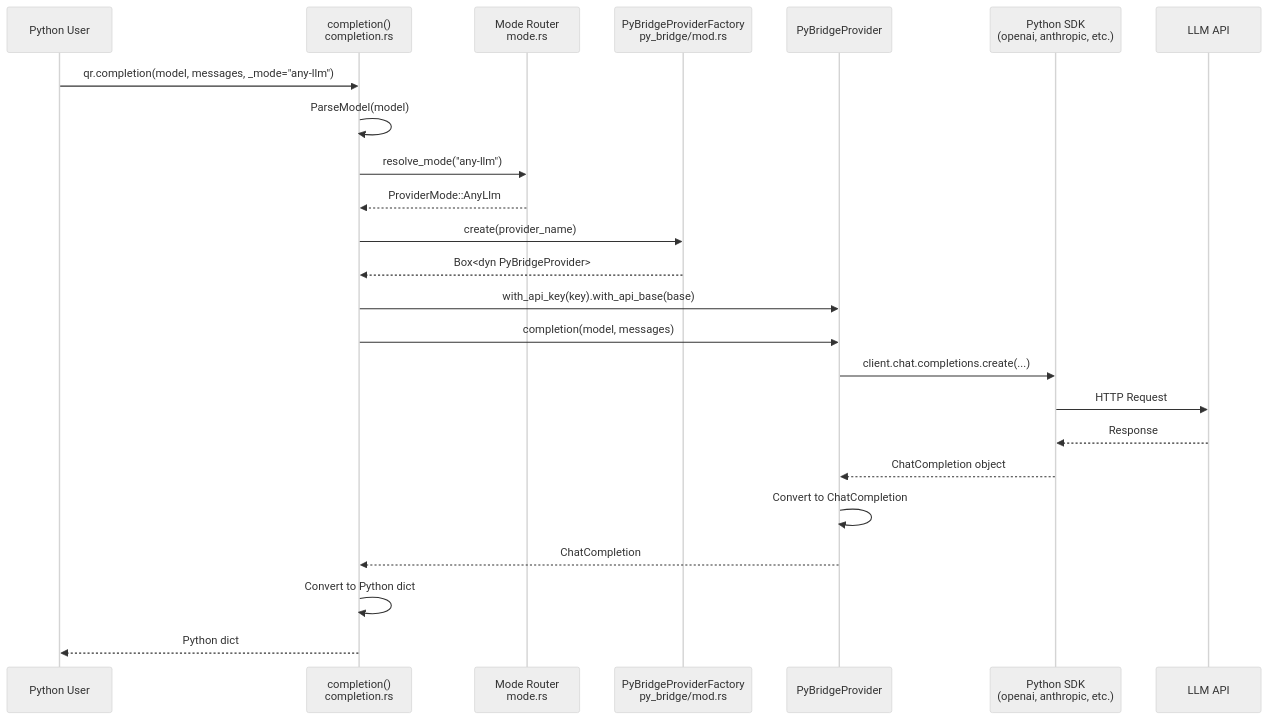
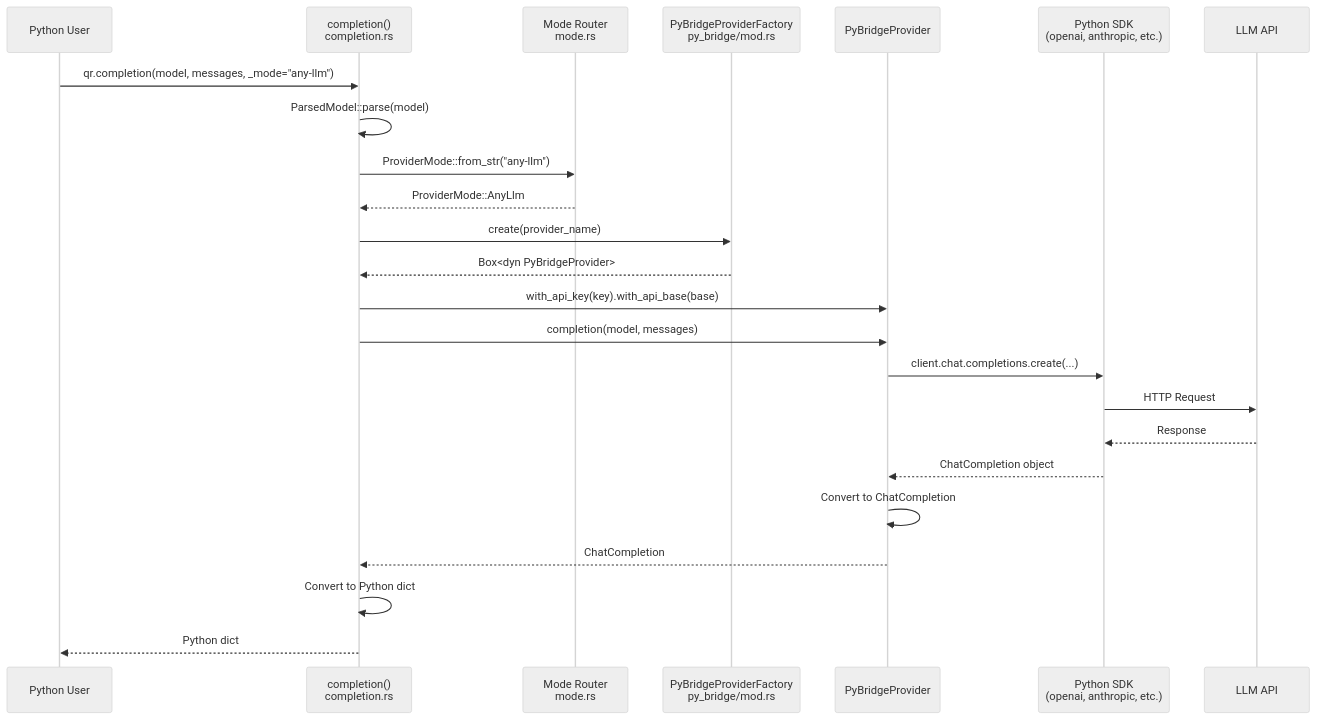
Before and after one commit to CipherOcto/cipherocto: the seventh of 19 diagrams in docs/architecture/quota-router-architecture.md, drawn with Mermaid (neutral theme). The commit also changed other lines of this file, not shown here.

First line of the commit message:
docs: fix 33 inaccuracies in architecture document via adversarial review

````diff
--- a/docs/architecture/quota-router-architecture.md
+++ b/docs/architecture/quota-router-architecture.md
@@ -315,31 +331,31 @@
 ```mermaid
 sequenceDiagram
     participant User as Python User
     participant SDK as completion()<br/>completion.rs
     participant Mode as Mode Router<br/>mode.rs
     participant Factory as PyBridgeProviderFactory<br/>py_bridge/mod.rs
     participant Bridge as PyBridgeProvider
     participant PySDK as Python SDK<br/>(openai, anthropic, etc.)
     participant API as LLM API
 
     User->>SDK: qr.completion(model, messages, _mode="any-llm")
-    SDK->>SDK: ParseModel(model)
-    SDK->>Mode: resolve_mode("any-llm")
+    SDK->>SDK: ParsedModel::parse(model)
+    SDK->>Mode: ProviderMode::from_str("any-llm")
     Mode-->>SDK: ProviderMode::AnyLlm
 
     SDK->>Factory: create(provider_name)
     Factory-->>SDK: Box<dyn PyBridgeProvider>
 
     SDK->>Bridge: with_api_key(key).with_api_base(base)
     SDK->>Bridge: completion(model, messages)
 
     Bridge->>PySDK: client.chat.completions.create(...)
     PySDK->>API: HTTP Request
 
     API-->>PySDK: Response
     PySDK-->>Bridge: ChatCompletion object
     Bridge->>Bridge: Convert to ChatCompletion
     Bridge-->>SDK: ChatCompletion
     SDK->>SDK: Convert to Python dict
     SDK-->>User: Python dict
 ```
````
